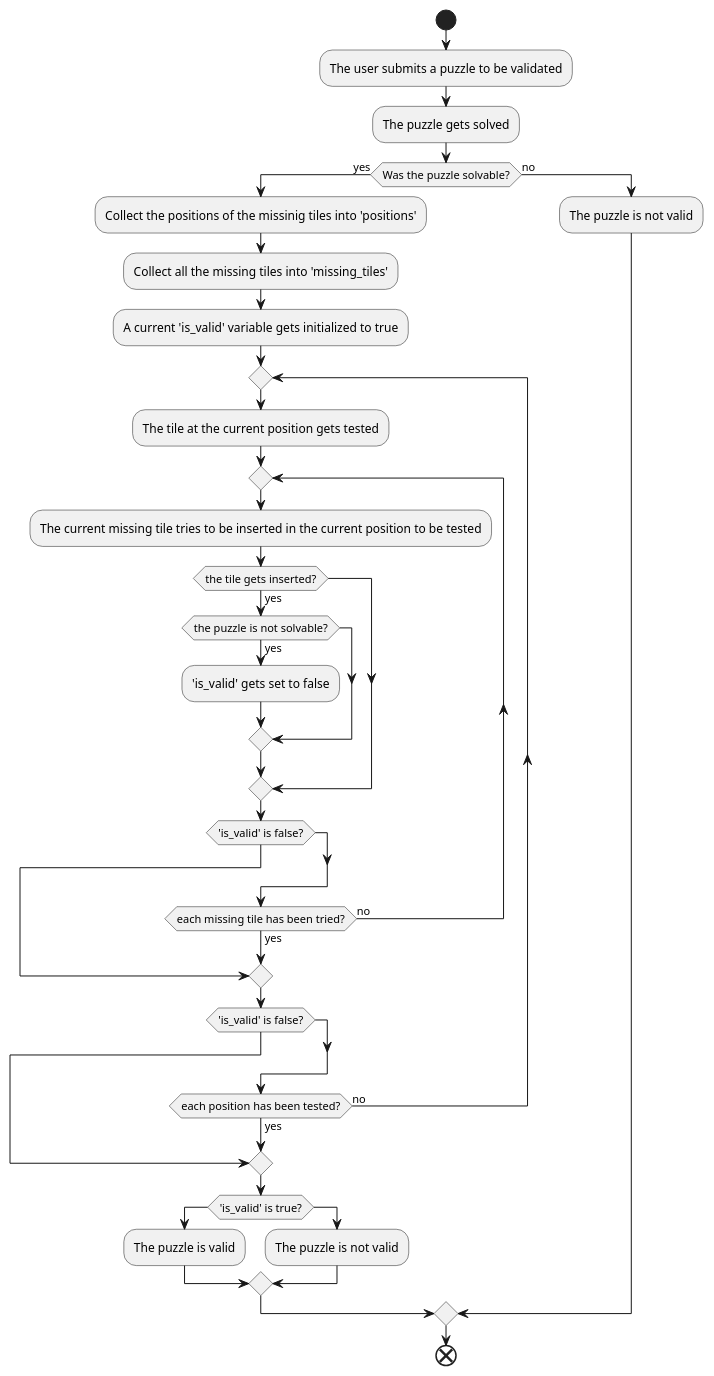
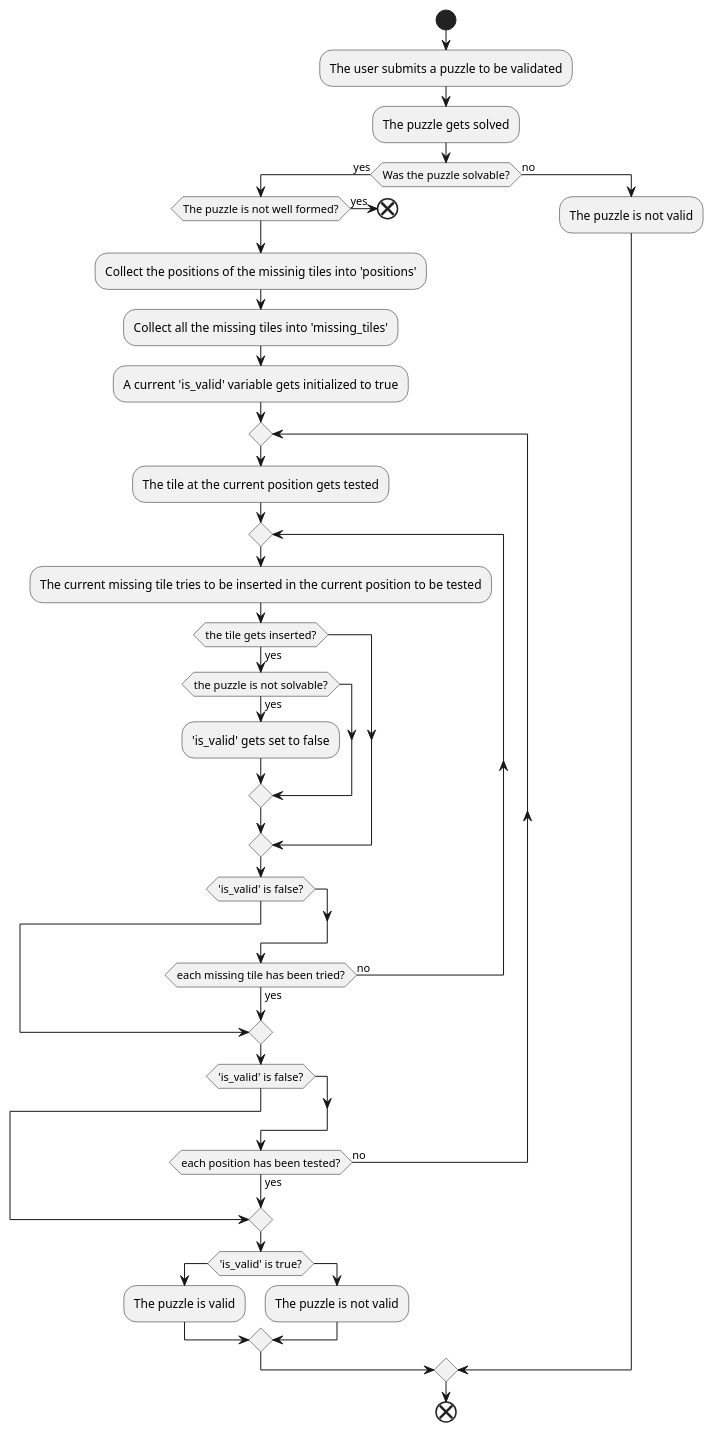
Before and after one commit to DominoOrg/domino-core: the diagram in plant_uml/validate_activity.puml, drawn with PlantUML. The commit also changed 4 other files, not shown here.

```diff
--- a/plant_uml/validate_activity.puml
+++ b/plant_uml/validate_activity.puml
@@ -1,35 +1,38 @@
 @startuml validate_activity
 start
 :The user submits a puzzle to be validated;
 :The puzzle gets solved;
 if (Was the puzzle solvable?) then (yes)
+if (The puzzle is not well formed?) then (yes)
+    end
+endif
 :Collect the positions of the missinig tiles into 'positions';
 :Collect all the missing tiles into 'missing_tiles';
 :A current 'is_valid' variable gets initialized to true;
 repeat
 :The tile at the current position gets tested;
 repeat
 :The current missing tile tries to be inserted in the current position to be tested;
 if (the tile gets inserted?) is (yes) then
     if (the puzzle is not solvable?) is (yes) then
         :'is_valid' gets set to false;
     endif
 endif
 if ('is_valid' is false?) then
     break
 endif
 repeat while (each missing tile has been tried?) is (no) not (yes)
 if ('is_valid' is false?) then
     break
 endif
 repeat while (each position has been tested?) is (no) not (yes)
 if ('is_valid' is true?) then
     :The puzzle is valid;
 else
     :The puzzle is not valid;
 endif
 else (no)
     :The puzzle is not valid;
 endif
 end
 @enduml
```
